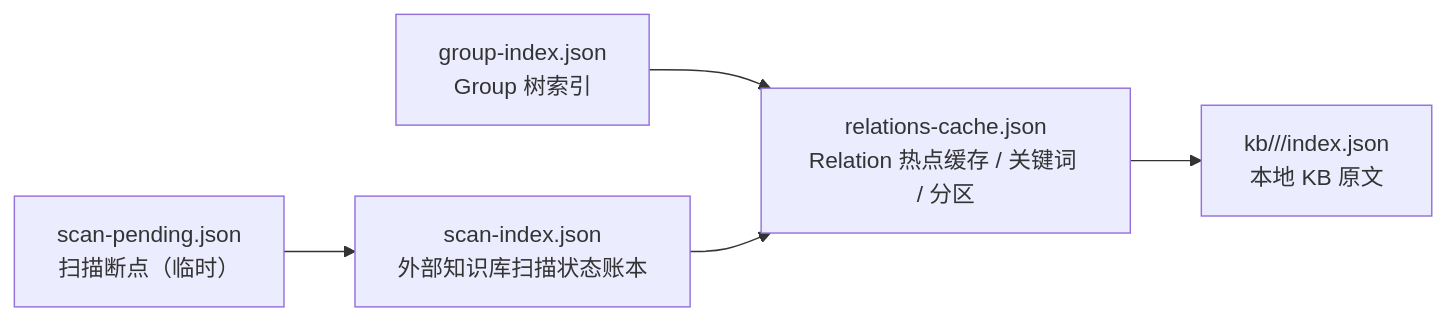
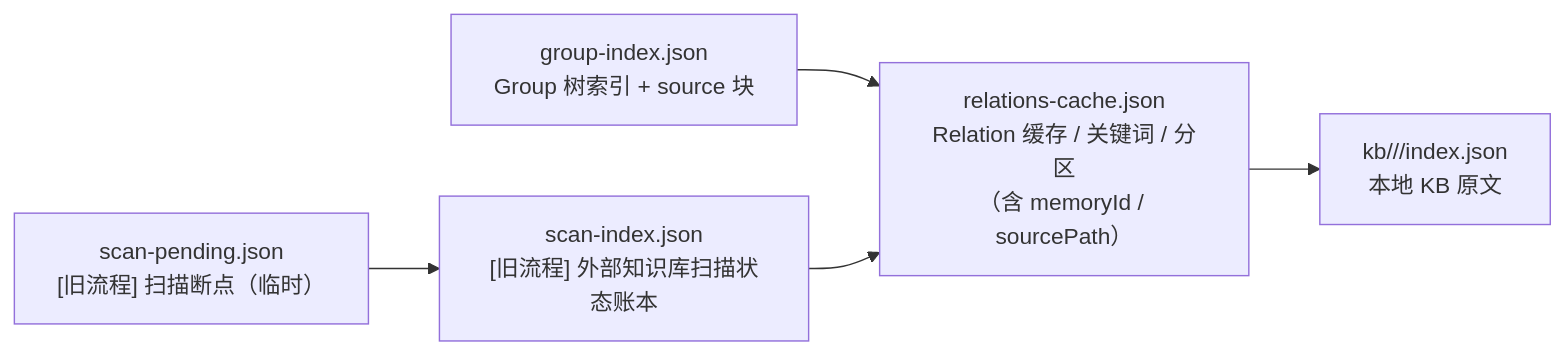
Before and after one commit to HACK-WU/memory-lancedb-mcp: the second of 5 diagrams in knowledge-index/docs/architecture.md, drawn with Mermaid. The commit also changed other lines of this file and 6 other files, not shown here.

````diff
--- a/knowledge-index/docs/architecture.md
+++ b/knowledge-index/docs/architecture.md
@@ -37,13 +37,13 @@
 ```mermaid
 flowchart LR
-    GI["group-index.json<br/>Group 树索引"]
-    RC["relations-cache.json<br/>Relation 热点缓存 / 关键词 / 分区"]
+    GI["group-index.json<br/>Group 树索引 + source 块"]
+    RC["relations-cache.json<br/>Relation 缓存 / 关键词 / 分区<br/>（含 memoryId / sourcePath）"]
     KB["kb/<scope>/<group>/index.json<br/>本地 KB 原文"]
-    SI["scan-index.json<br/>外部知识库扫描状态账本"]
-    SP["scan-pending.json<br/>扫描断点（临时）"]
+    SI["scan-index.json<br/>[旧流程] 外部知识库扫描状态账本"]
+    SP["scan-pending.json<br/>[旧流程] 扫描断点（临时）"]
 
     GI --> RC
     RC --> KB
     SI --> RC
     SP --> SI
 ```
````
